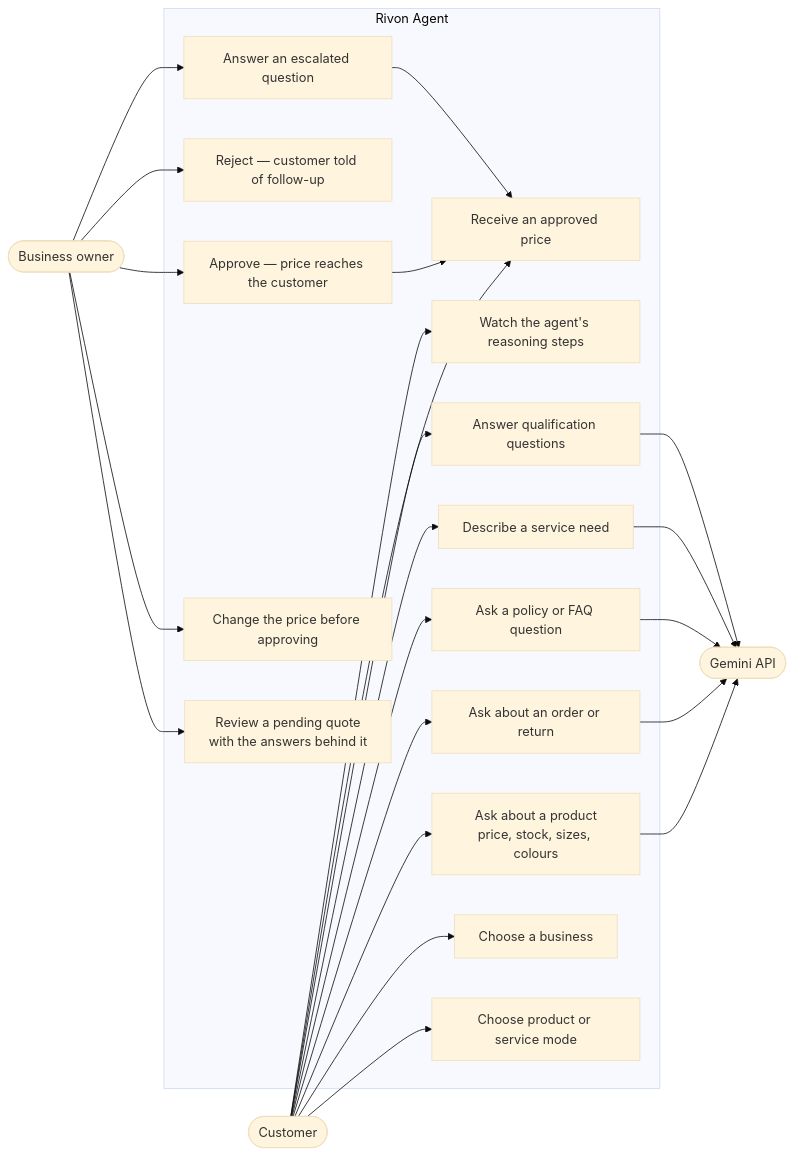
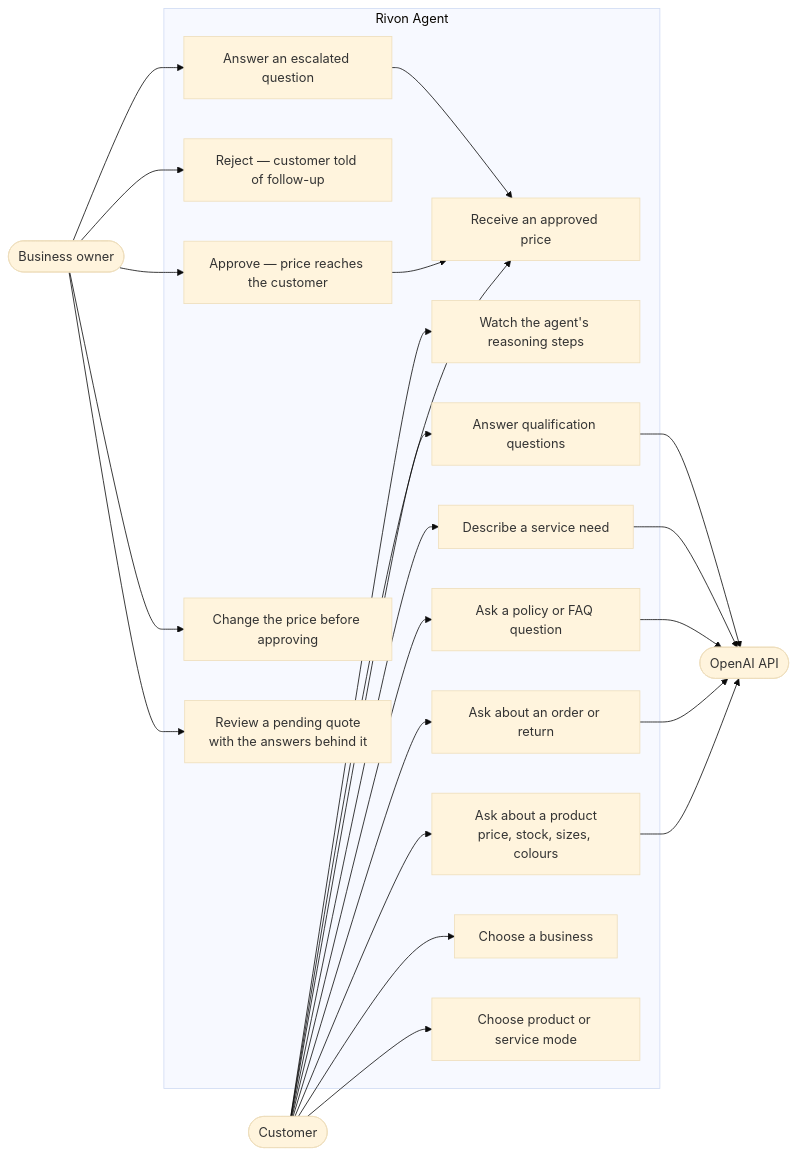
One commit to syedd176/rivon-agent changed the third of 5 diagrams in IMPLEMENTATION.md. Above: the diagram before and after it, drawn with Mermaid (base theme). The commit also changed other lines of this file, not shown here.

First line of the commit message:
Update docs for the OpenAI switch

````diff
--- a/IMPLEMENTATION.md
+++ b/IMPLEMENTATION.md
@@ -332,49 +348,49 @@
 ```mermaid
 flowchart LR
     CUST(["Customer"])
     OWNER(["Business owner"])
-    GEMINI(["Gemini API"])
+    LLM(["OpenAI API"])
 
     subgraph sys["Rivon Agent"]
         U1["Choose product or service mode"]
         U2["Choose a business"]
         U3["Ask about a product<br/>price, stock, sizes, colours"]
         U4["Ask about an order or return"]
         U5["Ask a policy or FAQ question"]
         U6["Describe a service need"]
         U7["Answer qualification questions"]
         U8["Receive an approved price"]
         U9["Watch the agent's reasoning steps"]
 
         O1["Review a pending quote<br/>with the answers behind it"]
         O2["Change the price before approving"]
         O3["Approve — price reaches the customer"]
         O4["Reject — customer told of follow-up"]
         O5["Answer an escalated question"]
     end
 
     CUST --> U1
     CUST --> U2
     CUST --> U3
     CUST --> U4
     CUST --> U5
     CUST --> U6
     CUST --> U7
     CUST --> U8
     CUST --> U9
 
     OWNER --> O1
     OWNER --> O2
     OWNER --> O3
     OWNER --> O4
     OWNER --> O5
 
     O3 --> U8
     O5 --> U8
 
-    U3 --> GEMINI
-    U4 --> GEMINI
-    U5 --> GEMINI
-    U6 --> GEMINI
-    U7 --> GEMINI
+    U3 --> LLM
+    U4 --> LLM
+    U5 --> LLM
+    U6 --> LLM
+    U7 --> LLM
 ```
````
